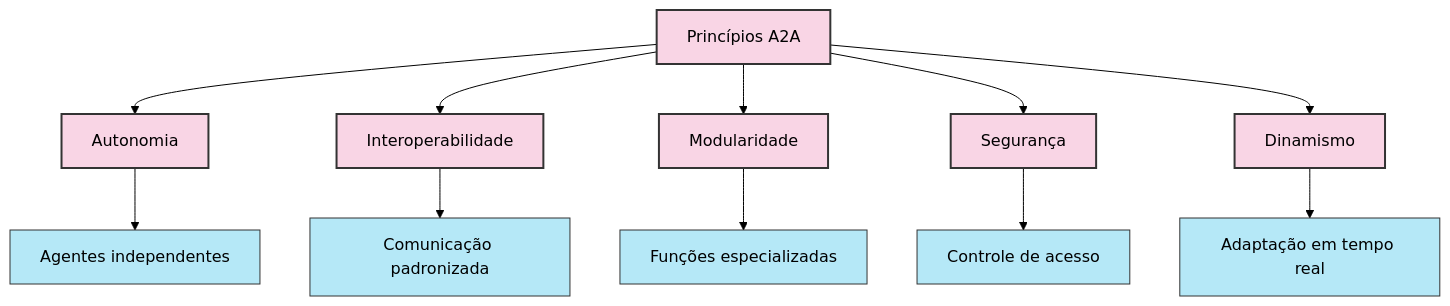
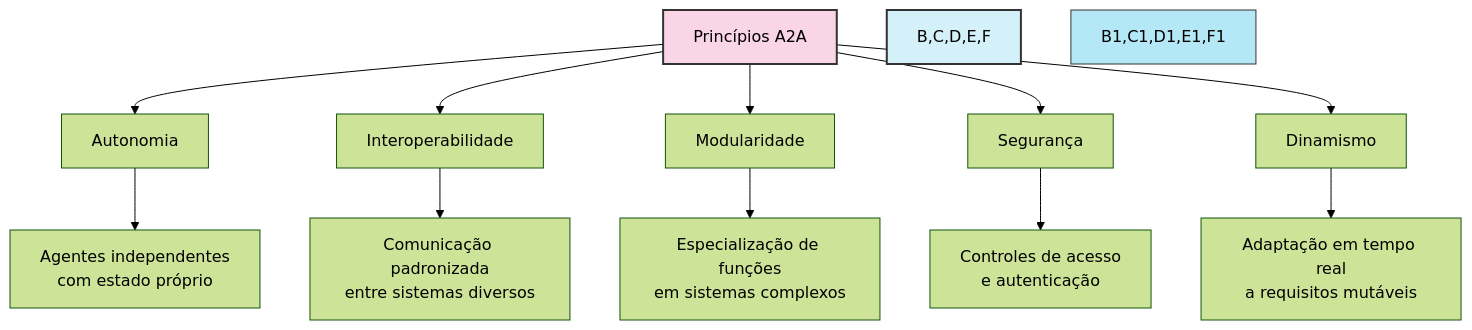
Before and after one commit to felipepimentel/my-public-notes: the third of 11 diagrams in AI/Communication/A2A/a2a - overview.md, drawn with Mermaid (forest theme). The commit also changed other lines of this file, not shown here.

````diff
--- a/AI/Communication/A2A/a2a - overview.md
+++ b/AI/Communication/A2A/a2a - overview.md
@@ -68,35 +69,18 @@
 ```mermaid
-
 graph TD
-
-A[Princípios A2A] --> B[Autonomia]
-
-A --> C[Interoperabilidade]
-
-A --> D[Modularidade]
-
-A --> E[Segurança]
-
-A --> F[Dinamismo]
-
-B --> B1[Agentes independentes]
-
-C --> C1[Comunicação padronizada]
-
-D --> D1[Funções especializadas]
-
-E --> E1[Controle de acesso]
-
-F --> F1[Adaptação em tempo real]
-
-classDef principio fill:#f9d5e5,stroke:#333,stroke-width:2px;
-
-classDef detalhe fill:#b5e8f7,stroke:#333,stroke-width:1px;
-
-class A principio;
-
-class B,C,D,E,F principio;
-
-class B1,C1,D1,E1,F1 detalhe;
-
+    A[Princípios A2A] --> B[Autonomia]
+    A --> C[Interoperabilidade]
+    A --> D[Modularidade]
+    A --> E[Segurança]
+    A --> F[Dinamismo]
+    
+    B --> B1[Agentes independentes<br>com estado próprio]
+    C --> C1[Comunicação padronizada<br>entre sistemas diversos]
+    D --> D1[Especialização de funções<br>em sistemas complexos]
+    E --> E1[Controles de acesso<br>e autenticação]
+    F --> F1[Adaptação em tempo real<br>a requisitos mutáveis]
+    
+    style A fill:#f9d5e5,stroke:#333,stroke-width:2px
+    style B,C,D,E,F fill:#d4f1f9,stroke:#333,stroke-width:2px
+    style B1,C1,D1,E1,F1 fill:#b5e8f7,stroke:#333,stroke-width:1px
 ```
````
